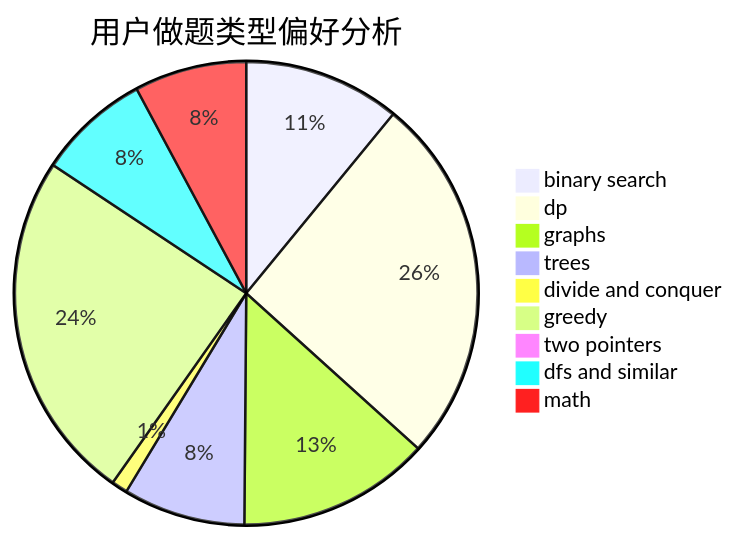
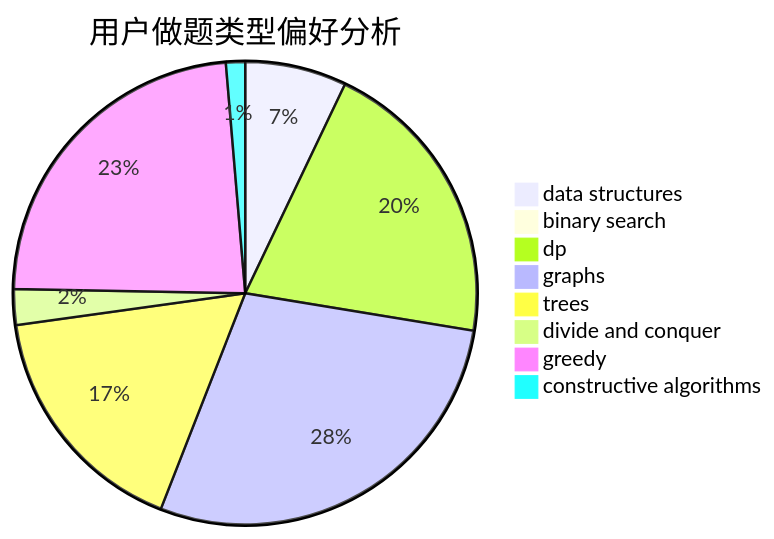
The second of 3 diagrams in docs/user/u883.md (sherpahu/cfrs.github.io), drawn with Mermaid before and after one commit. The commit also changed other lines of this file and 2775 other files, not shown here.

````diff
--- a/docs/user/u883.md
+++ b/docs/user/u883.md
@@ -23,12 +23,11 @@
 ```mermaid
 pie title 用户做题类型偏好分析
-    "binary search" :  127
-    "dp" :  299
-    "graphs" :  156
-    "trees" :  99
+    "data structures" :  37
+    "binary search" :  0
+    "dp" :  107
+    "graphs" :  148
+    "trees" :  88
     "divide and conquer" :  13
-    "greedy" :  285
-    "two pointers" :  11
-    "dfs and similar" :  91
-    "math" :  91
+    "greedy" :  122
+    "constructive algorithms" :  7
 ```
````
